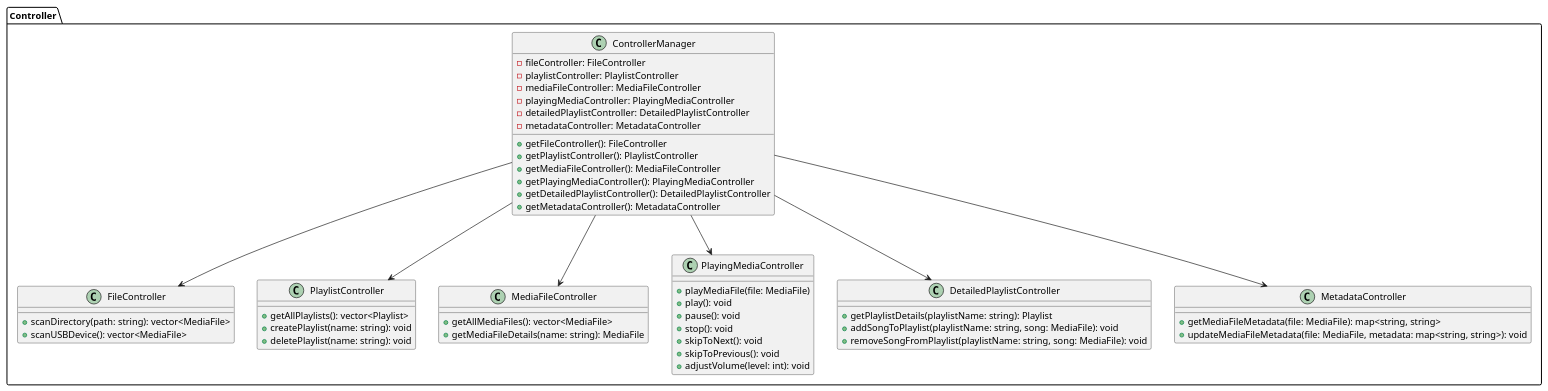
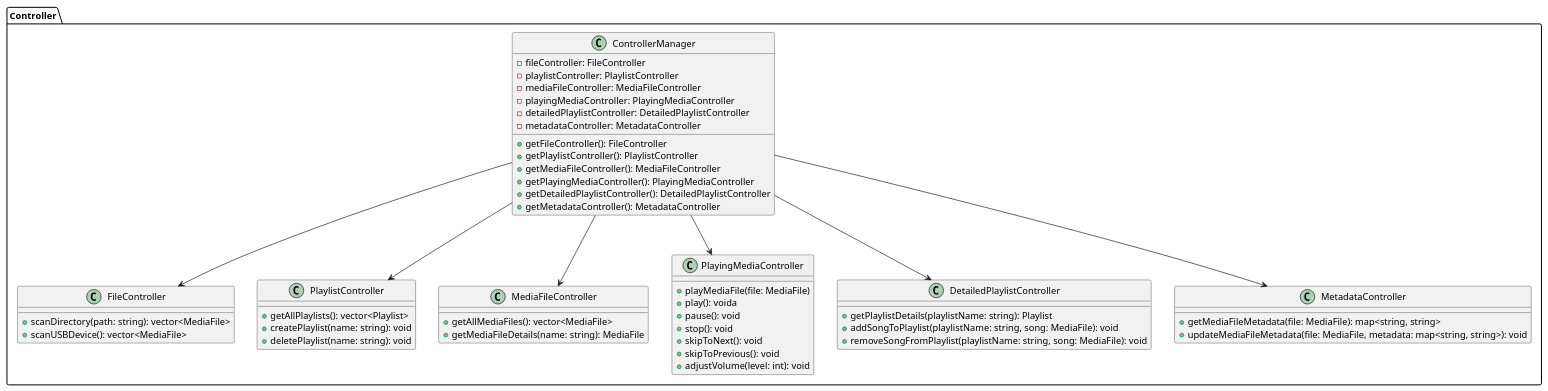
The diagram in Docs/controller/controller.plantuml (Weizy-NTT/Spotify-rep-1-1), drawn with PlantUML before and after one commit. The commit also changed 25 other files, not shown here.

```diff
--- a/Docs/controller/controller.plantuml
+++ b/Docs/controller/controller.plantuml
@@ -1,65 +1,65 @@
 @startuml Controller
 package Controller {
     class FileController {
         + scanDirectory(path: string): vector<MediaFile>
         + scanUSBDevice(): vector<MediaFile>
         
     }
 
     class PlaylistController {
         + getAllPlaylists(): vector<Playlist>
         + createPlaylist(name: string): void
         + deletePlaylist(name: string): void
     }
 
     class MediaFileController {
         + getAllMediaFiles(): vector<MediaFile>
         + getMediaFileDetails(name: string): MediaFile
     }
 
     class PlayingMediaController {
         + playMediaFile(file: MediaFile)
-        + play(): void
+        + play(): voida
         + pause(): void
         + stop(): void
         + skipToNext(): void
         + skipToPrevious(): void
         + adjustVolume(level: int): void
     }
 
     class DetailedPlaylistController {
         + getPlaylistDetails(playlistName: string): Playlist
         + addSongToPlaylist(playlistName: string, song: MediaFile): void
         + removeSongFromPlaylist(playlistName: string, song: MediaFile): void
     }
 
     class MetadataController {
         + getMediaFileMetadata(file: MediaFile): map<string, string>
         + updateMediaFileMetadata(file: MediaFile, metadata: map<string, string>): void
     }
 
     class ControllerManager {
         - fileController: FileController
         - playlistController: PlaylistController
         - mediaFileController: MediaFileController
         - playingMediaController: PlayingMediaController
         - detailedPlaylistController: DetailedPlaylistController
         - metadataController: MetadataController
 
         + getFileController(): FileController
         + getPlaylistController(): PlaylistController
         + getMediaFileController(): MediaFileController
         + getPlayingMediaController(): PlayingMediaController
         + getDetailedPlaylistController(): DetailedPlaylistController
         + getMetadataController(): MetadataController
     }
 
     ' Liên kết giữa các Controller
     ControllerManager --> FileController
     ControllerManager --> PlaylistController
     ControllerManager --> MediaFileController
     ControllerManager --> PlayingMediaController
     ControllerManager --> DetailedPlaylistController
     ControllerManager --> MetadataController
 }
 @enduml
```
